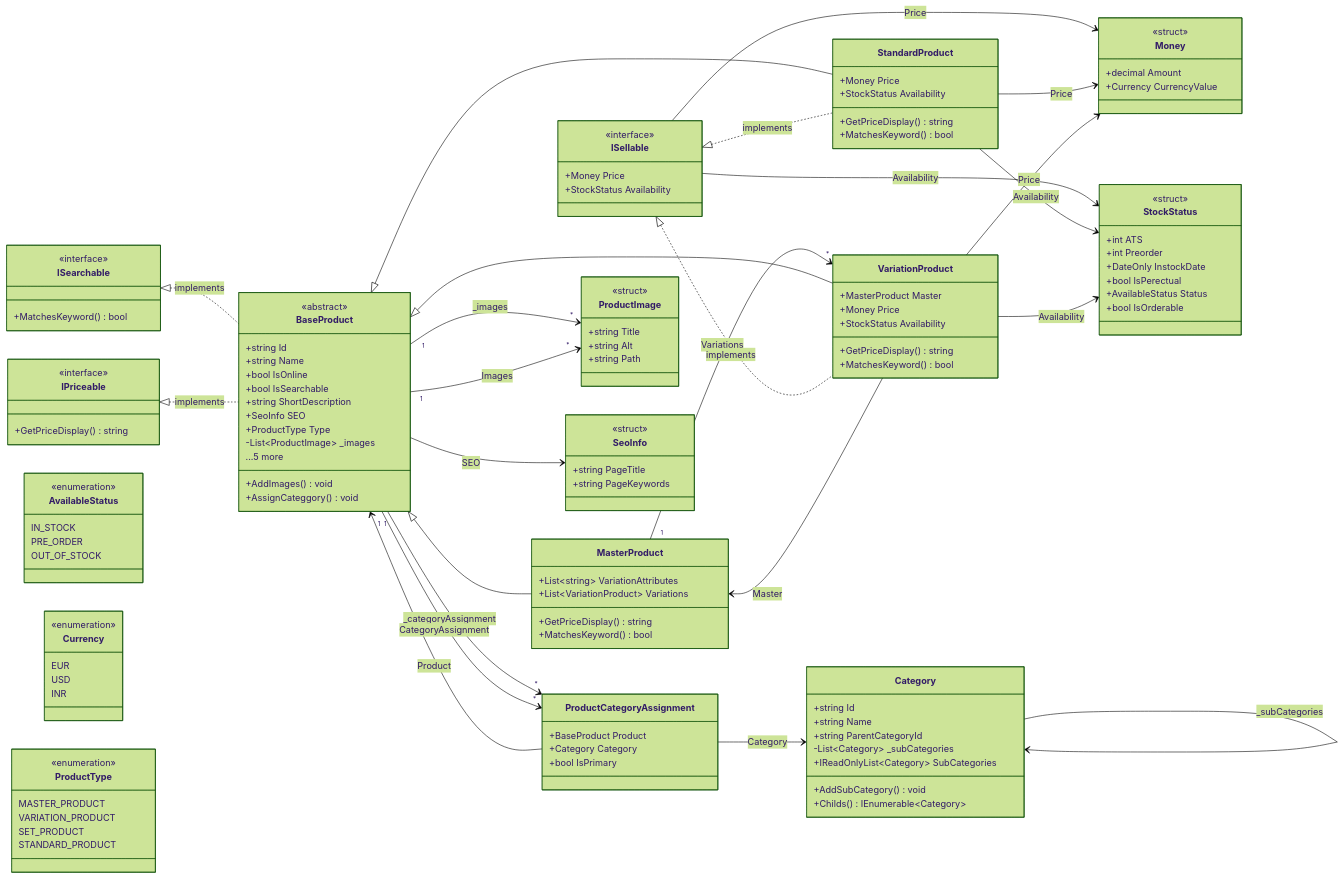
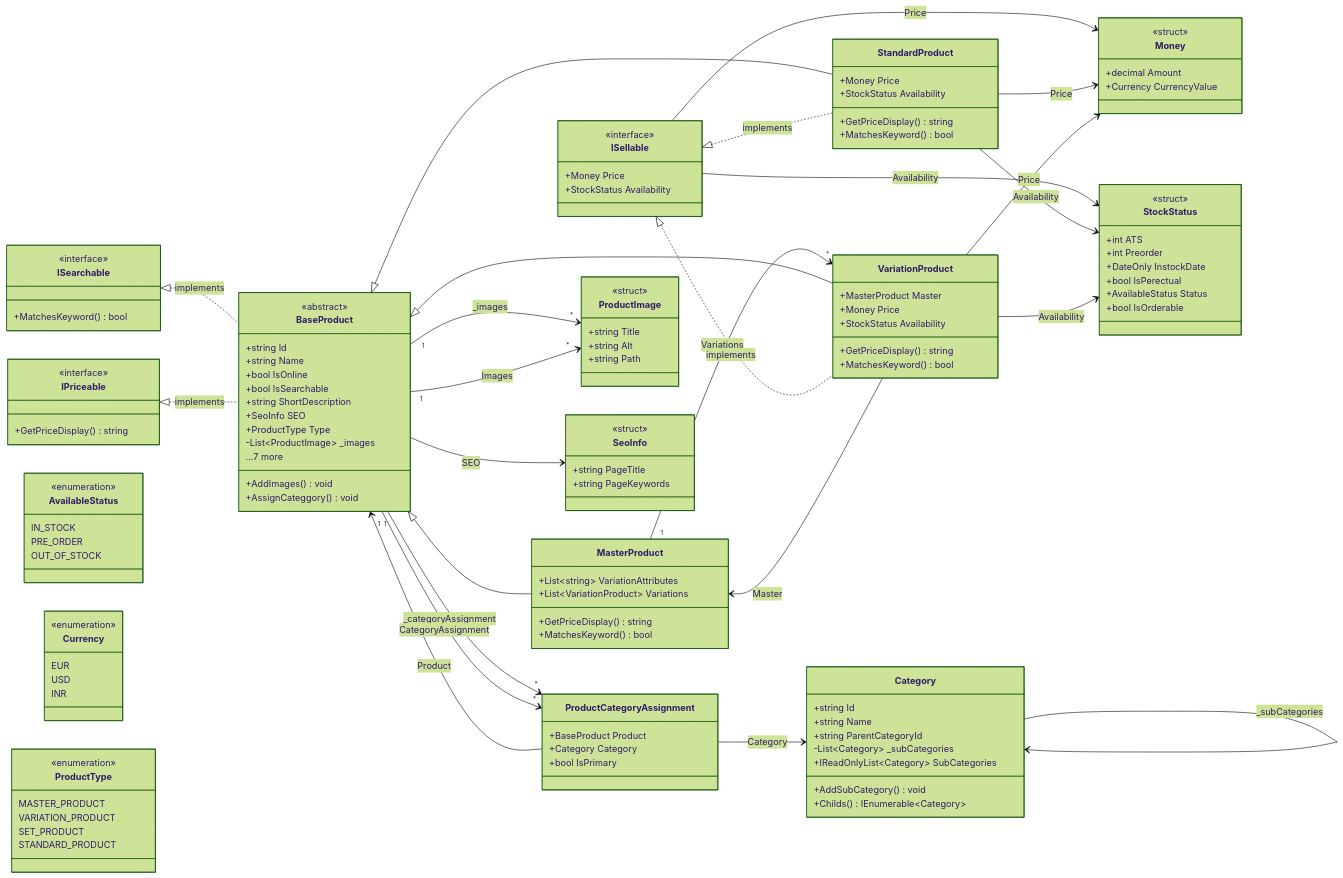
One commit to YammanureSreekanth/csharp-mini-project changed the diagram in README.MD. Above: the diagram before and after it, drawn with Mermaid (forest theme). The commit also changed other lines of this file and 3 other files, not shown here.

```diff
--- a/README.MD
+++ b/README.MD
@@ -66,7 +63,7 @@
         -List~ProductImage~ _images
         +AddImages() void
         +AssignCateggory() void
-        ...5 more
+        ...7 more
     }
     class Category {
         +string Id
```
